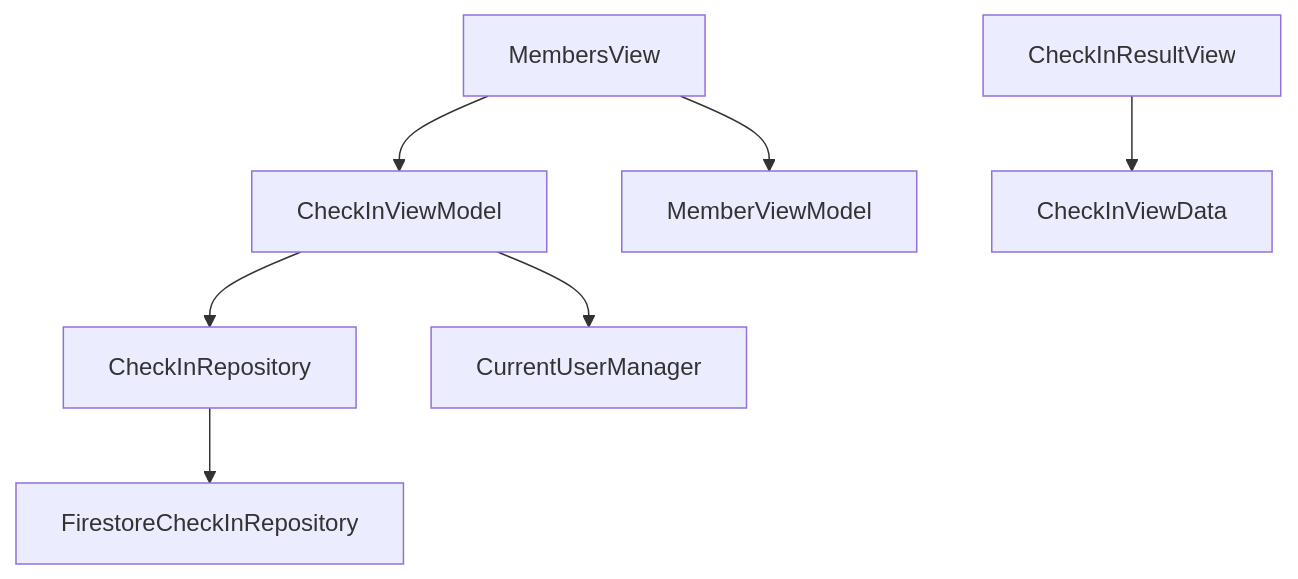
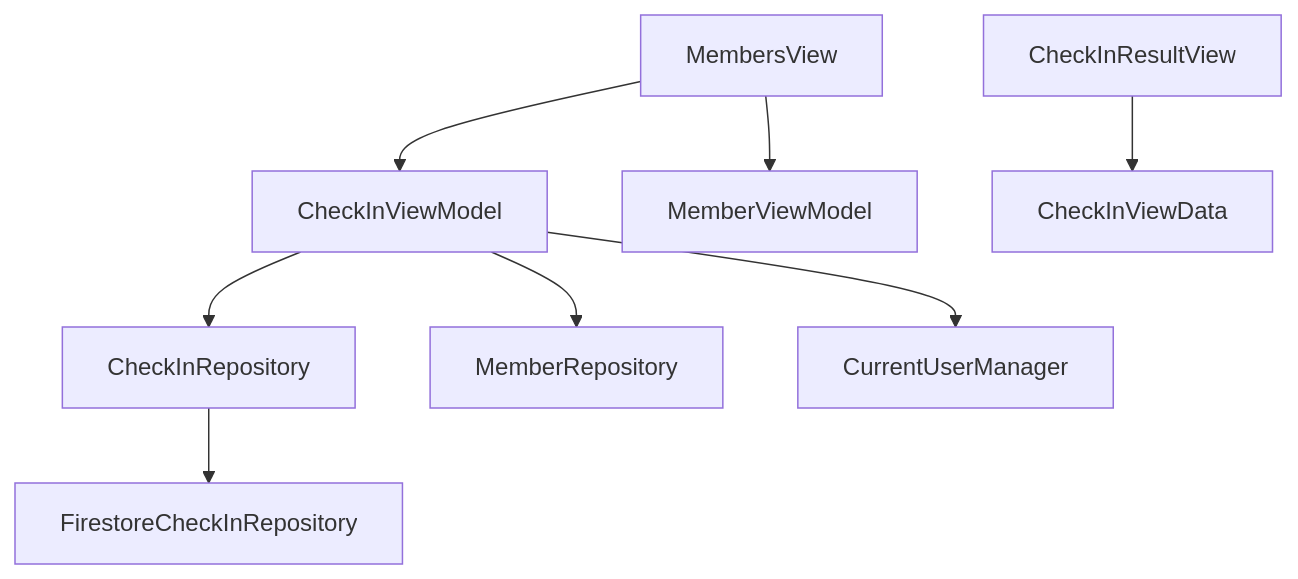
Before and after one commit to fsaldivar-dev/sajarubox-mcp: the first of 2 diagrams in knowledge/ios-implementation/07-checkin-module.md, drawn with Mermaid. The commit also changed other lines of this file and 2 other files, not shown here.

First line of the commit message:
docs: check-in ahora descuenta visitas para planes visit_based y mixed

````diff
--- a/knowledge/ios-implementation/07-checkin-module.md
+++ b/knowledge/ios-implementation/07-checkin-module.md
@@ -28,9 +28,10 @@
 ```mermaid
 graph TD
     MembersView --> CheckInViewModel
     MembersView --> MemberViewModel
     CheckInViewModel --> CheckInRepository
+    CheckInViewModel --> MemberRepository
     CheckInViewModel --> CurrentUserManager
     CheckInRepository --> FirestoreCheckInRepository
     CheckInResultView --> CheckInViewData
 ```
````
